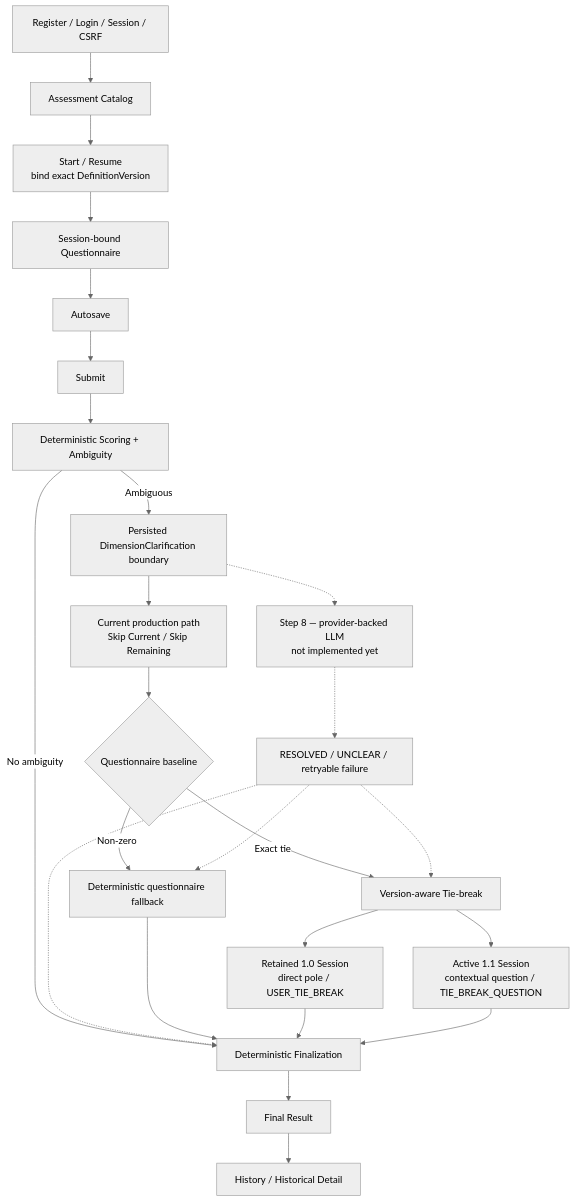
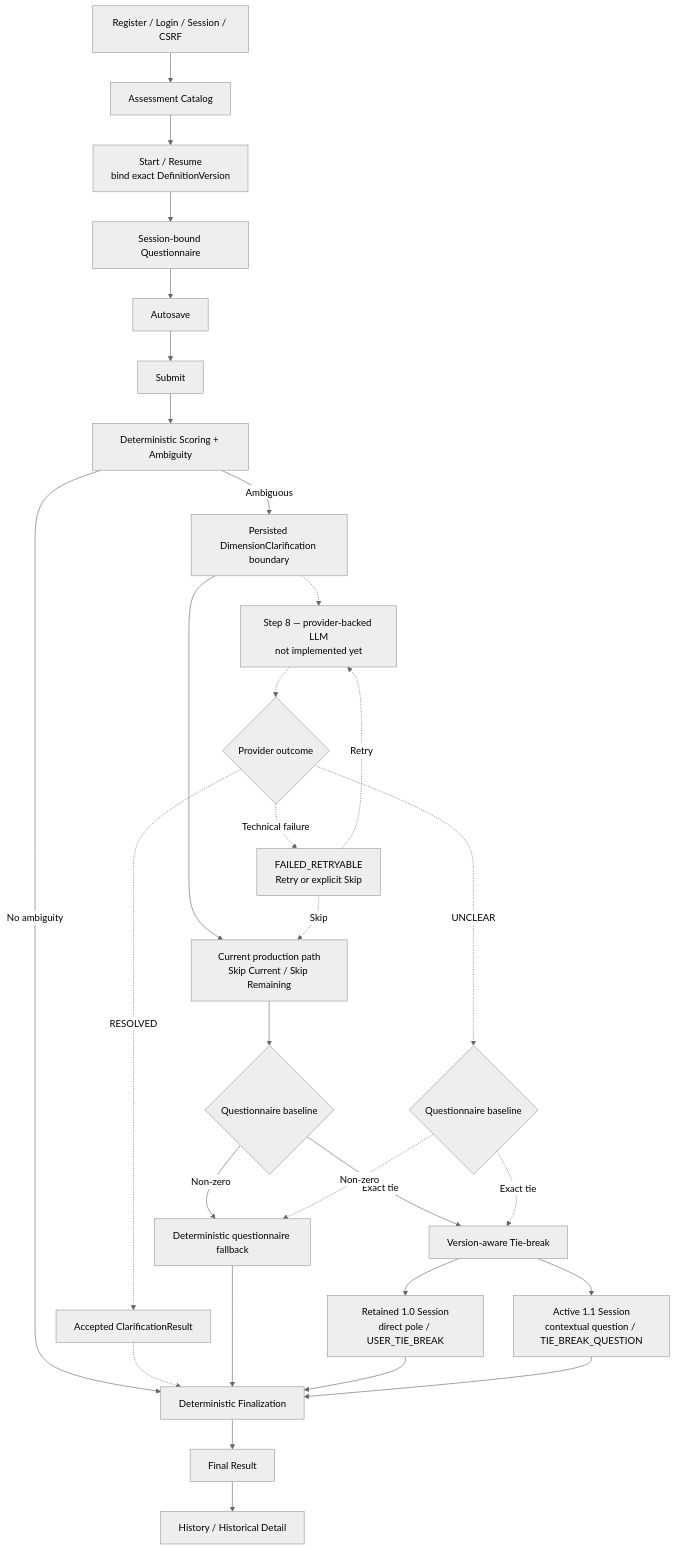
Before and after one commit to chen980729/aws-spring-personality-test: the second of 4 diagrams in README.ja.md, drawn with Mermaid (neutral theme). The commit also changed other lines of this file, not shown here.

Commit message:
docs: correct Japanese clarification flow semantics

````diff
--- a/README.ja.md
+++ b/README.ja.md
@@ -111,33 +111,38 @@
 ```mermaid
 flowchart TB
     A["Register / Login / Session / CSRF"] --> B["Assessment Catalog"]
     B --> C["Start / Resume<br/>bind exact DefinitionVersion"]
     C --> D["Session-bound Questionnaire"]
     D --> E["Autosave"]
     E --> F["Submit"]
     F --> G["Deterministic Scoring + Ambiguity"]
 
     G -->|"No ambiguity"| H["Deterministic Finalization"]
     G -->|"Ambiguous"| I["Persisted DimensionClarification boundary"]
 
     I --> S["Current production path<br/>Skip Current / Skip Remaining"]
     S --> J{"Questionnaire baseline"}
     J -->|"Non-zero"| L["Deterministic questionnaire fallback"]
     J -->|"Exact tie"| M["Version-aware Tie-break"]
 
     M --> M1["Retained 1.0 Session<br/>direct pole / USER_TIE_BREAK"]
     M --> M2["Active 1.1 Session<br/>contextual question / TIE_BREAK_QUESTION"]
 
     I -.-> P["Step 8 — provider-backed LLM<br/>not implemented yet"]
-    P -.-> Q["RESOLVED / UNCLEAR / retryable failure"]
-    Q -.-> H
-    Q -.-> L
-    Q -.-> M
+    P -.-> Q{"Provider outcome"}
+    Q -.->|"RESOLVED"| K["Accepted ClarificationResult"]
+    Q -.->|"UNCLEAR"| U{"Questionnaire baseline"}
+    Q -.->|"Technical failure"| R["FAILED_RETRYABLE<br/>Retry or explicit Skip"]
+    K -.-> H
+    U -.->|"Non-zero"| L
+    U -.->|"Exact tie"| M
+    R -.->|"Retry"| P
+    R -.->|"Skip"| S
 
     L --> H
     M1 --> H
     M2 --> H
 
     H --> N["Final Result"]
     N --> O["History / Historical Detail"]
 ```
````
